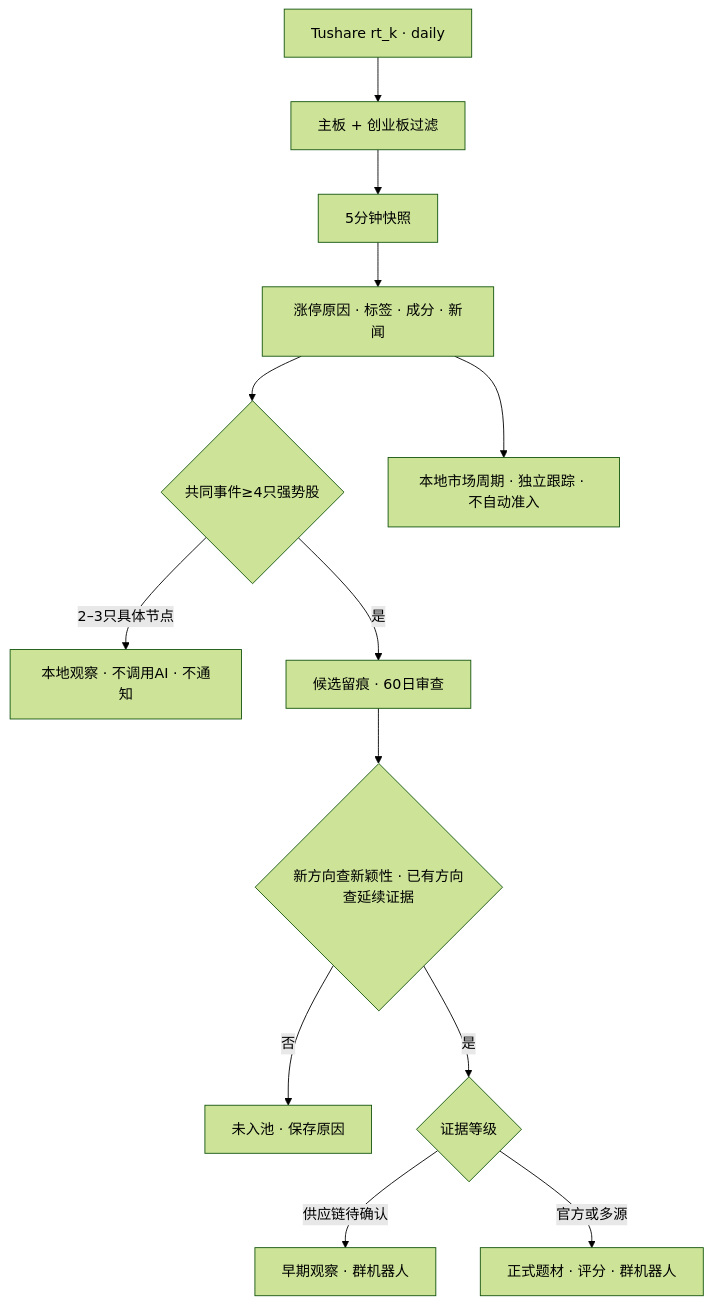
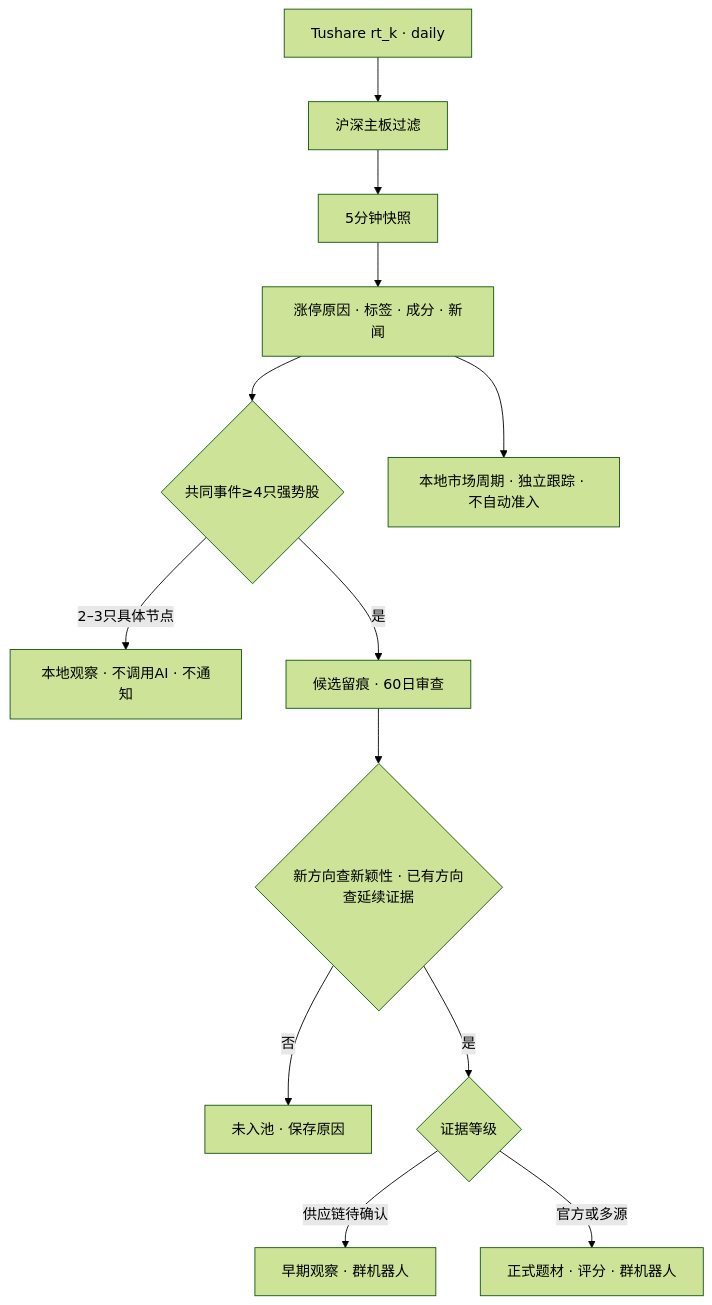
One commit to Chris958/stocktopic changed the diagram in README.md. Above: the diagram before and after it, drawn with Mermaid (forest theme). The commit also changed other lines of this file and 25 other files, not shown here.

````diff
--- a/README.md
+++ b/README.md
@@ -40,15 +40,15 @@
 ```mermaid
 flowchart TD
-    A["Tushare rt_k · daily"] --> B["主板 + 创业板过滤"]
+    A["Tushare rt_k · daily"] --> B["沪深主板过滤"]
     B --> C["5分钟快照"]
     C --> D["涨停原因 · 标签 · 成分 · 新闻"]
     D --> E{"共同事件≥4只强势股"}
     E -->|2–3只具体节点| F["本地观察 · 不调用AI · 不通知"]
     E -->|是| G["候选留痕 · 60日审查"]
     G --> H{"新方向查新颖性 · 已有方向查延续证据"}
     H -->|否| I["未入池 · 保存原因"]
     H -->|是| J{"证据等级"}
     J -->|供应链待确认| K["早期观察 · 群机器人"]
     J -->|官方或多源| L["正式题材 · 评分 · 群机器人"]
     D --> M["本地市场周期 · 独立跟踪 · 不自动准入"]
 ```
````
